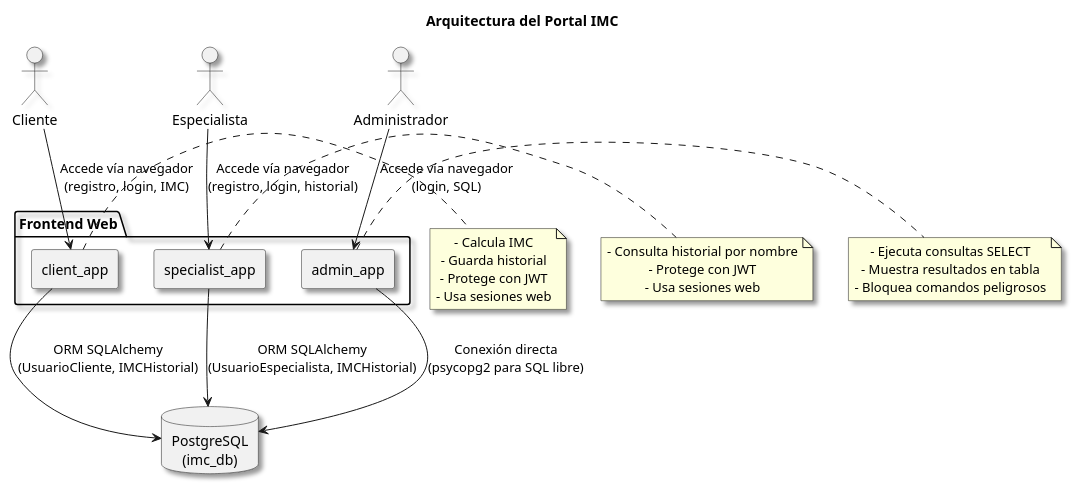
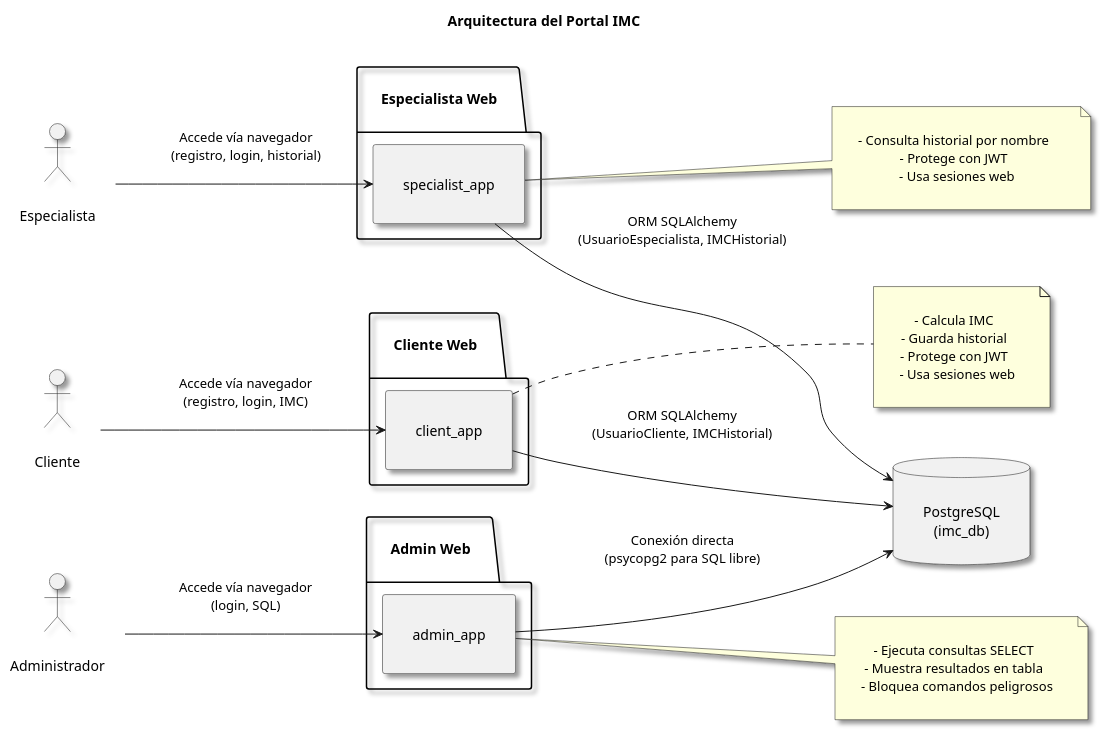
One commit to Rodo2095/imc-portal2 changed the diagram in diagrama-caso-uso.puml. Above: the diagram before and after it, drawn with PlantUML.

```diff
--- a/diagrama-caso-uso.puml
+++ b/diagrama-caso-uso.puml
@@ -1,46 +1,62 @@
 @startuml
+left to right direction
+
 skinparam componentStyle rectangle
 skinparam shadowing true
 skinparam defaultTextAlignment center
+skinparam padding 20
+skinparam nodeMargin 30
+skinparam ranksep 50
+skinparam nodesep 50
 
 title Arquitectura del Portal IMC
 
 actor Cliente
 actor Especialista
 actor Administrador
 
-package "Frontend Web" {
+Cliente -[#white]> Cliente
+Especialista -[#white]> Especialista
+Administrador -[#white]> Administrador
+
+package "Cliente Web" {
   [client_app] as ClientApp
+}
+
+package "Especialista Web" {
   [specialist_app] as SpecialistApp
+}
+
+package "Admin Web" {
   [admin_app] as AdminApp
 }
 
 database "PostgreSQL\n(imc_db)" as DB
 
 Cliente --> ClientApp : Accede vía navegador\n(registro, login, IMC)
 Especialista --> SpecialistApp : Accede vía navegador\n(registro, login, historial)
 Administrador --> AdminApp : Accede vía navegador\n(login, SQL)
 
 ClientApp --> DB : ORM SQLAlchemy\n(UsuarioCliente, IMCHistorial)
 SpecialistApp --> DB : ORM SQLAlchemy\n(UsuarioEspecialista, IMCHistorial)
 AdminApp --> DB : Conexión directa\n(psycopg2 para SQL libre)
 
 note right of ClientApp
-- Calcula IMC
-- Guarda historial
-- Protege con JWT
+- Calcula IMC  
+- Guarda historial  
+- Protege con JWT  
 - Usa sesiones web
 end note
 
 note right of SpecialistApp
-- Consulta historial por nombre
-- Protege con JWT
+- Consulta historial por nombre  
+- Protege con JWT  
 - Usa sesiones web
 end note
 
 note right of AdminApp
-- Ejecuta consultas SELECT
-- Muestra resultados en tabla
+- Ejecuta consultas SELECT  
+- Muestra resultados en tabla  
 - Bloquea comandos peligrosos
 end note
 @enduml
```
